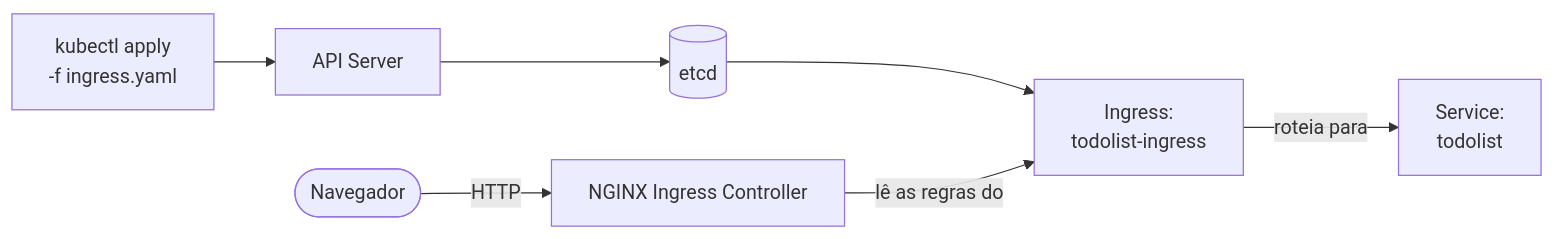
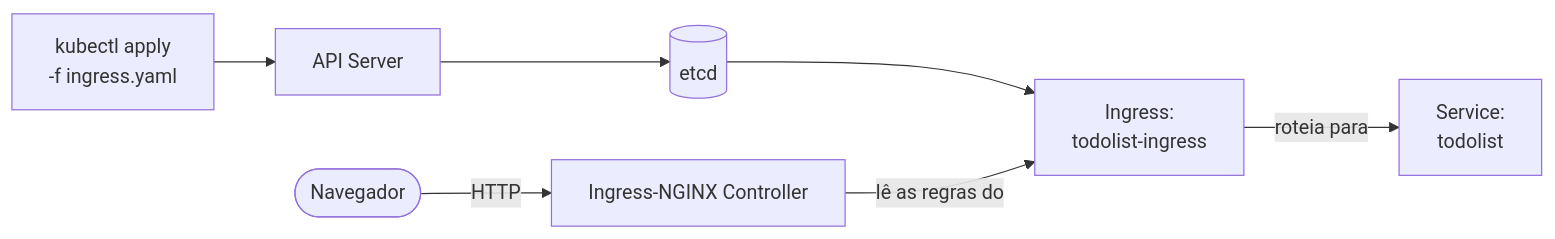
One commit to weynne/cesar-school-pos-devops-k8s-labs changed the ninth of 11 diagrams in README.md. Above: the diagram before and after it, drawn with Mermaid. The commit also changed other lines of this file, not shown here.

````diff
--- a/README.md
+++ b/README.md
@@ -244,14 +359,14 @@
 ```mermaid
 flowchart LR
     Apply["kubectl apply<br/>-f ingress.yaml"]
     API["API Server"]
     etcd[("etcd")]
     Ing["Ingress:<br/>todolist-ingress"]
     Browser(["Navegador"])
-    IC["NGINX Ingress Controller"]
+    IC["Ingress-NGINX Controller"]
     SVC["Service:<br/>todolist"]
 
     Apply --> API --> etcd --> Ing
     Browser -->|HTTP| IC -->|lê as regras do| Ing
     Ing -->|roteia para| SVC
 ```
````
